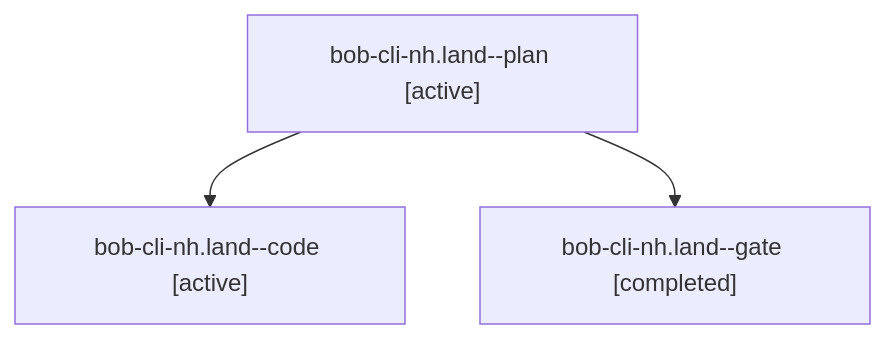
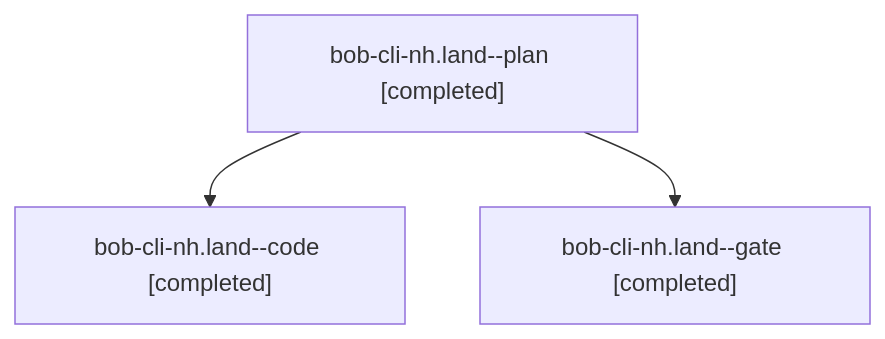
The diagram in sessions/bbugyi200.athena.bob-cli-nh.land.md (bobs-org/bob-cli--agents), drawn with Mermaid before and after one commit. The commit also changed other lines of this file and 123 other files, not shown here.

````diff
--- a/sessions/bbugyi200.athena.bob-cli-nh.land.md
+++ b/sessions/bbugyi200.athena.bob-cli-nh.land.md
@@ -9,8 +9,8 @@
 ```mermaid
 flowchart TD
-  n0["bob-cli-nh.land--plan [active]"]
-  n1["bob-cli-nh.land--code [active]"]
+  n0["bob-cli-nh.land--plan [completed]"]
+  n1["bob-cli-nh.land--code [completed]"]
   n0 --> n1
   n2["bob-cli-nh.land--gate [completed]"]
   n0 --> n2
 ```
````
